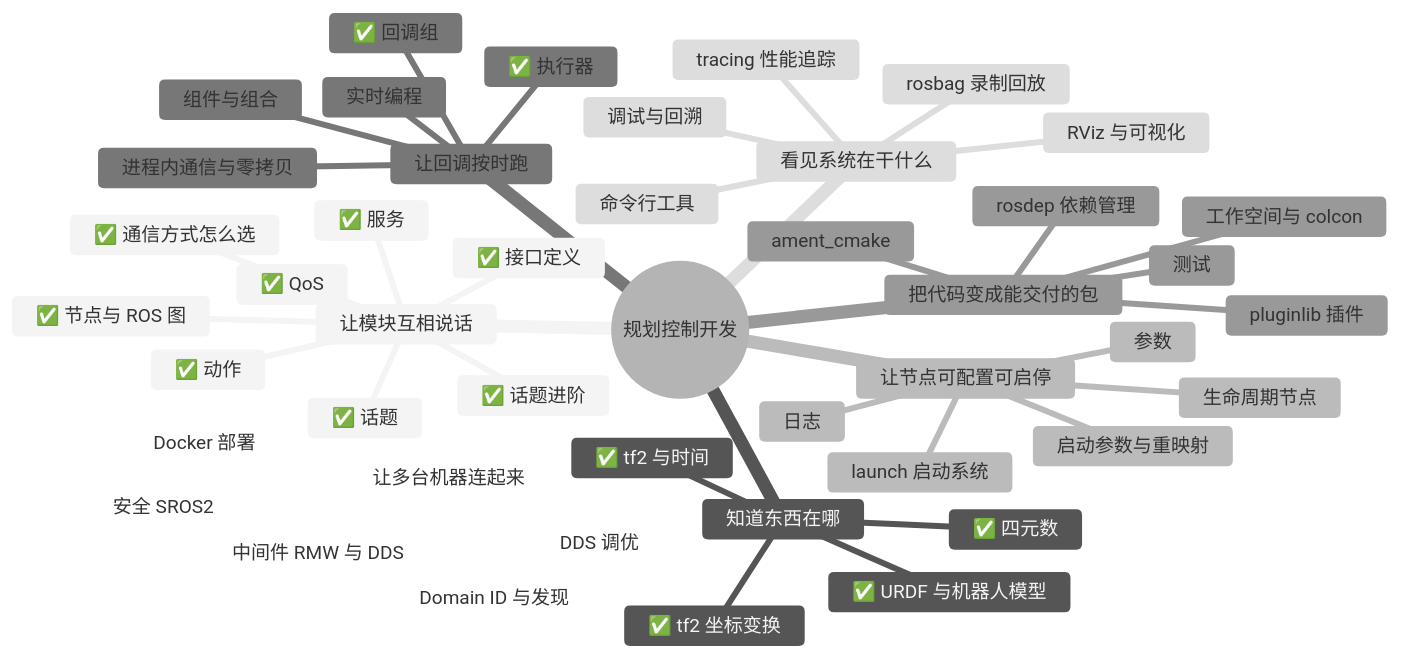
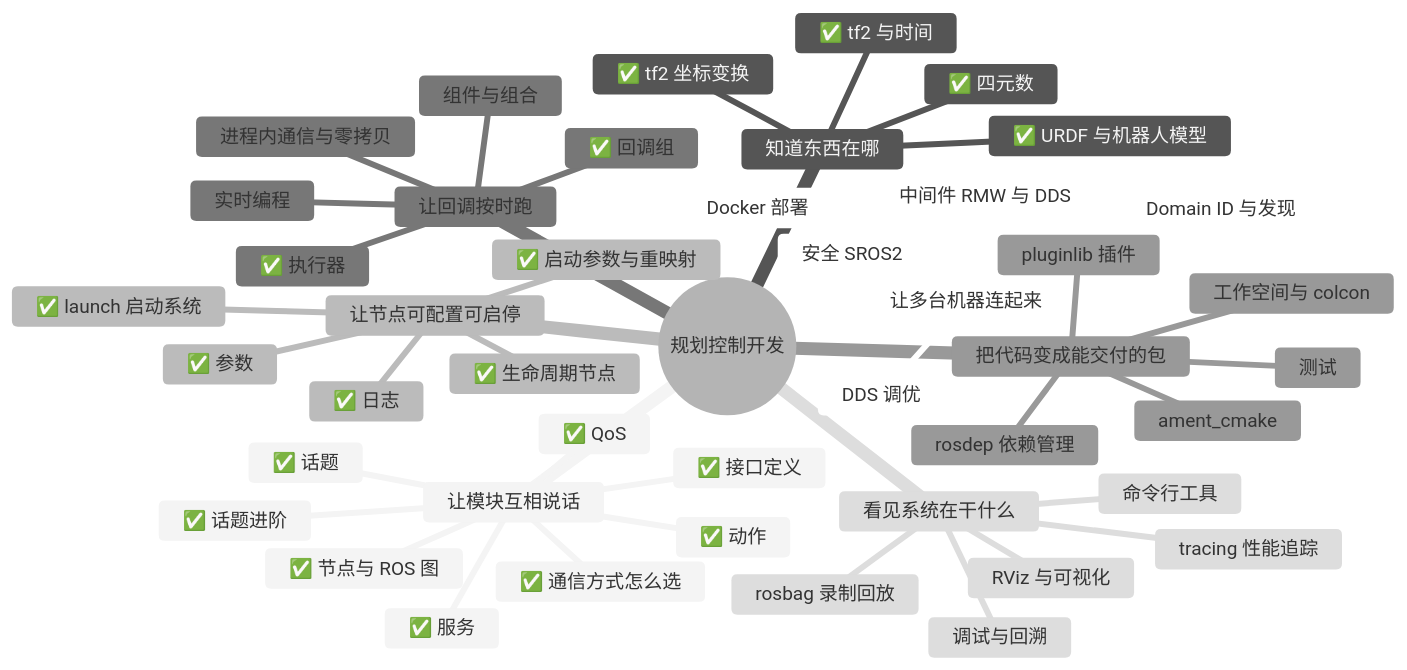
One commit to kevins-96/ros2_documentation changed the diagram in study/map/overview.md. Above: the diagram before and after it, drawn with Mermaid (neutral theme). The commit also changed other lines of this file and 27 other files, not shown here.

````diff
--- a/study/map/overview.md
+++ b/study/map/overview.md
@@ -6,48 +6,48 @@
 ```mermaid
 mindmap
   root((规划控制开发))
     让模块互相说话
       ✅ 节点与 ROS 图
       ✅ 通信方式怎么选
       ✅ 话题
       ✅ QoS
       ✅ 服务
       ✅ 动作
       ✅ 接口定义
       ✅ 话题进阶
     知道东西在哪
       ✅ tf2 坐标变换
       ✅ tf2 与时间
       ✅ 四元数
       ✅ URDF 与机器人模型
     让节点可配置可启停
-      参数
-      生命周期节点
-      launch 启动系统
-      启动参数与重映射
-      日志
+      ✅ 参数
+      ✅ 生命周期节点
+      ✅ launch 启动系统
+      ✅ 启动参数与重映射
+      ✅ 日志
     让回调按时跑
       ✅ 执行器
       ✅ 回调组
       组件与组合
       进程内通信与零拷贝
       实时编程
     把代码变成能交付的包
       工作空间与 colcon
       ament_cmake
       rosdep 依赖管理
       pluginlib 插件
       测试
     看见系统在干什么
       命令行工具
       rosbag 录制回放
       调试与回溯
       tracing 性能追踪
       RViz 与可视化
     让多台机器连起来
       中间件 RMW 与 DDS
       Domain ID 与发现
       DDS 调优
       Docker 部署
       安全 SROS2
 ```
````
